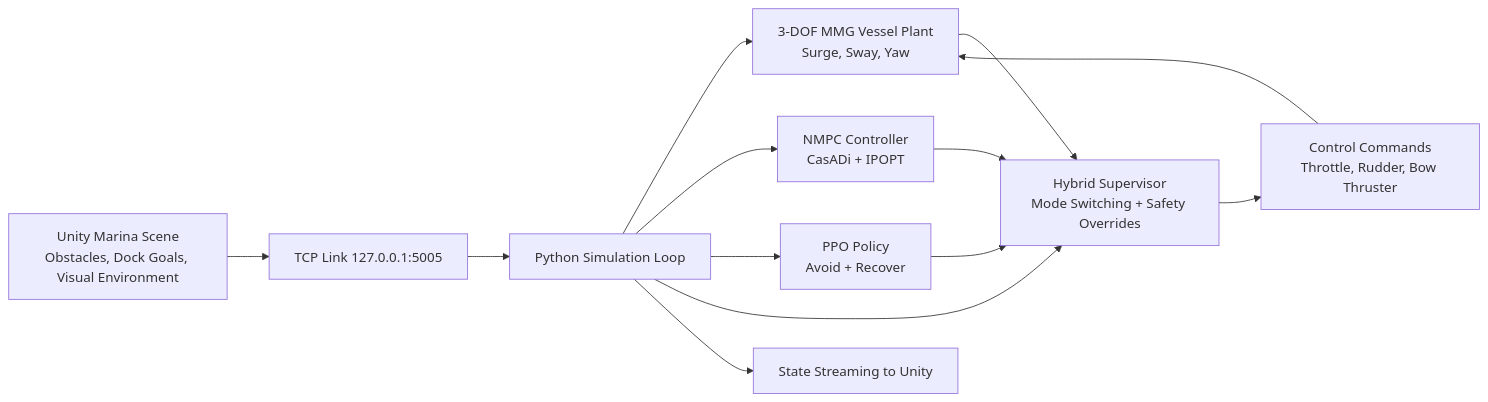
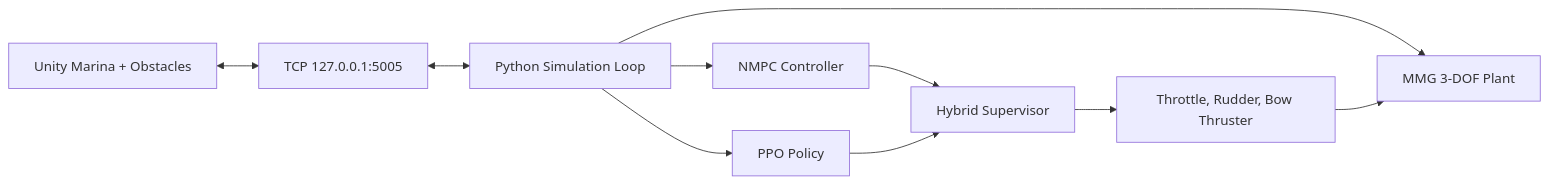
Before and after one commit to LemuelHornsby/Portfolio: the diagram in README.md, drawn with Mermaid. The commit also changed other lines of this file, not shown here.

````diff
--- a/README.md
+++ b/README.md
@@ -61,18 +32,12 @@
 ```mermaid
 flowchart LR
-    A[Unity Marina Scene\nObstacles, Dock Goals, Visual Environment] --> B[TCP Link 127.0.0.1:5005]
-    B --> C[Python Simulation Loop]
-
-    C --> D[3-DOF MMG Vessel Plant\nSurge, Sway, Yaw]
-    C --> E[NMPC Controller\nCasADi + IPOPT]
-    C --> F[PPO Policy\nAvoid + Recover]
-    C --> G[Hybrid Supervisor\nMode Switching + Safety Overrides]
-
-    D --> G
-    E --> G
-    F --> G
-
-    G --> H[Control Commands\nThrottle, Rudder, Bow Thruster]
-    H --> D
-    C --> I[State Streaming to Unity]
+    U[Unity Marina + Obstacles] <--> T[TCP 127.0.0.1:5005]
+    T <--> P[Python Simulation Loop]
+    P --> M[MMG 3-DOF Plant]
+    P --> N[NMPC Controller]
+    P --> R[PPO Policy]
+    N --> S[Hybrid Supervisor]
+    R --> S
+    S --> C[Throttle, Rudder, Bow Thruster]
+    C --> M
 ```
````
